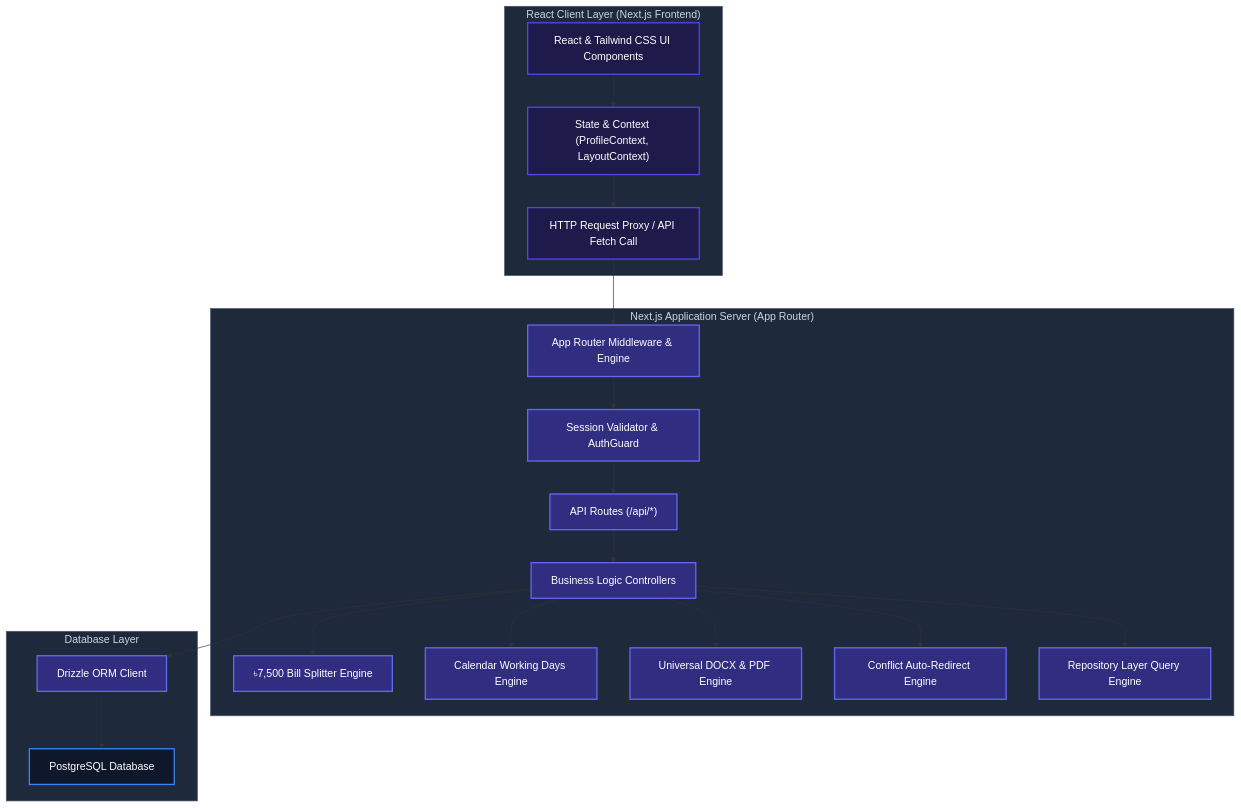
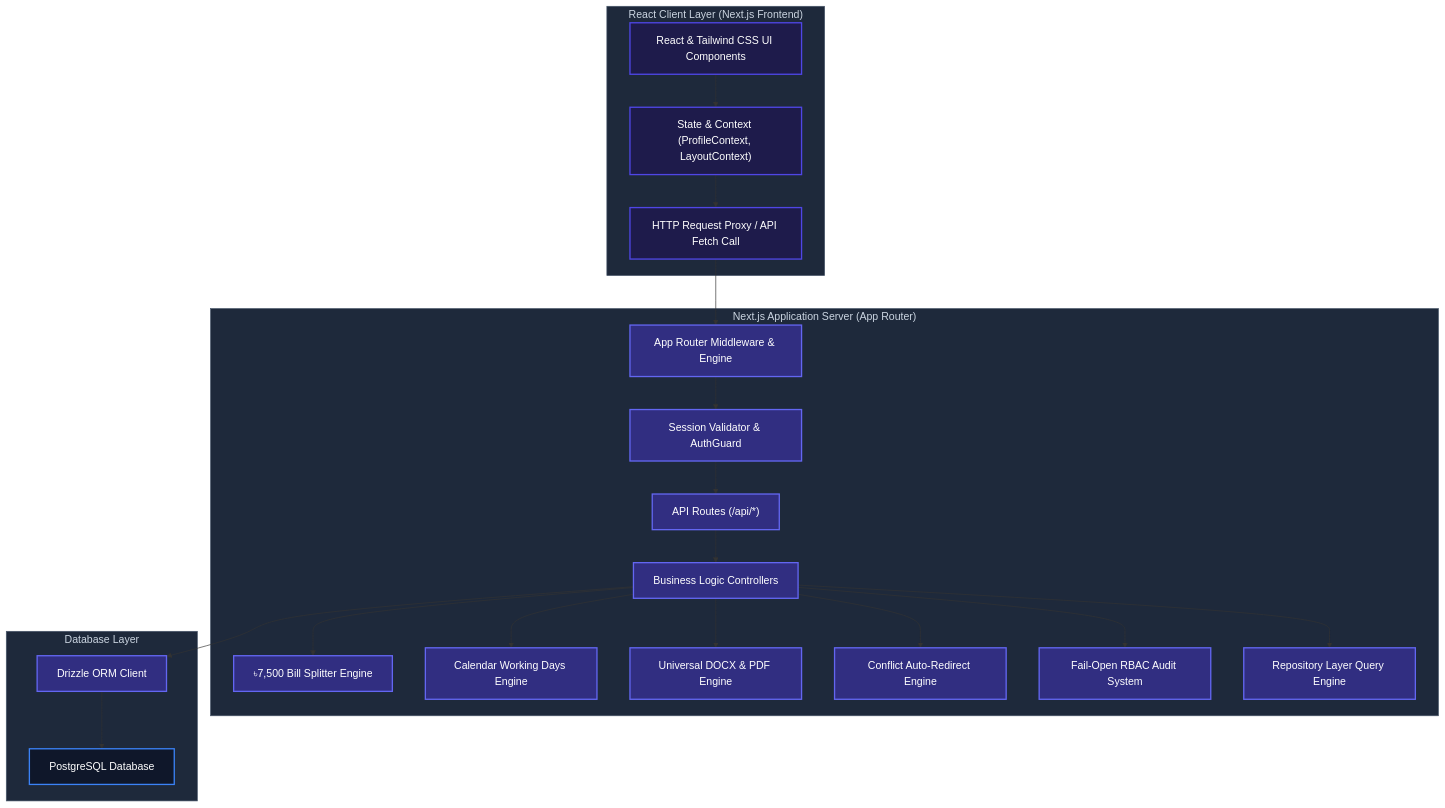
The diagram in README.md (syedarifulislamemon2010/Late-Sitting-Holiday-Night-Duty), drawn with Mermaid before and after one commit. The commit also changed other lines of this file, not shown here.

Commit message:
docs: update README with offline PDF preview, instant theme switching, leave date formatting, and system architecture

````diff
--- a/README.md
+++ b/README.md
@@ -105,32 +103,33 @@
 ```mermaid
 graph TD
     classDef client fill:#1e1b4b,stroke:#4f46e5,stroke-width:2px,color:#fff;
     classDef server fill:#312e81,stroke:#6366f1,stroke-width:2px,color:#fff;
     classDef storage fill:#0f172a,stroke:#3b82f6,stroke-width:2px,color:#fff;
     classDef box fill:#1e293b,stroke:#475569,stroke-width:1px,color:#cbd5e1;
 
     subgraph Client["React Client Layer (Next.js Frontend)"]
         UI["React & Tailwind CSS UI Components"]:::client --> State["State & Context (ProfileContext, LayoutContext)"]:::client
         State --> Proxy["HTTP Request Proxy / API Fetch Call"]:::client
     end
 
     subgraph Server["Next.js Application Server (App Router)"]
         Proxy --> Router["App Router Middleware & Engine"]:::server
         Router --> Auth["Session Validator & AuthGuard"]:::server
         Auth --> Endpoints["API Routes (/api/*)"]:::server
         Endpoints --> Logic["Business Logic Controllers"]:::server
         
         Logic --> LimitSplitter["৳7,500 Bill Splitter Engine"]:::server
         Logic --> CalendarEngine["Calendar Working Days Engine"]:::server
         Logic --> DocxEngine["Universal DOCX & PDF Engine"]:::server
         Logic --> ConflictEngine["Conflict Auto-Redirect Engine"]:::server
+        Logic --> RbacAudit["Fail-Open RBAC Audit System"]:::server
         Logic --> RepoEngine["Repository Layer Query Engine"]:::server
     end
 
     subgraph Storage["Database Layer"]
         Logic --> Drizzle["Drizzle ORM Client"]:::server
         Drizzle --> PostgreSQL["PostgreSQL Database"]:::storage
     end
 
     class Client,Server,Storage box;
 ```
````
